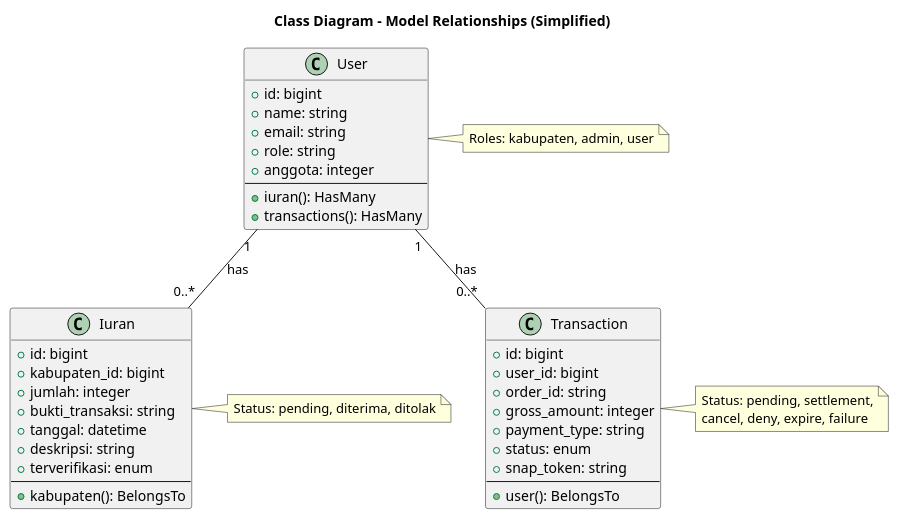
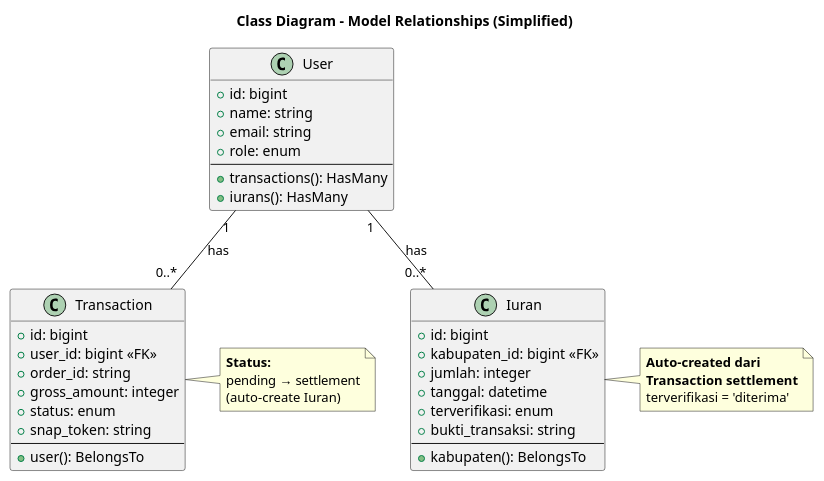
One commit to Windyvivianosa5/iuran changed the second of 2 diagrams in docs/class.md. Above: the diagram before and after it, drawn with PlantUML. The commit also changed other lines of this file and 59 other files, not shown here.

````diff
--- a/docs/class.md
+++ b/docs/class.md
@@ -346,57 +570,53 @@
 ```plantuml
 @startuml
 title Class Diagram - Model Relationships (Simplified)
 
 class User {
     + id: bigint
     + name: string
     + email: string
-    + role: string
-    + anggota: integer
+    + role: enum
     --
-    + iuran(): HasMany
     + transactions(): HasMany
-}
-
-class Iuran {
-    + id: bigint
-    + kabupaten_id: bigint
-    + jumlah: integer
-    + bukti_transaksi: string
-    + tanggal: datetime
-    + deskripsi: string
-    + terverifikasi: enum
-    --
-    + kabupaten(): BelongsTo
+    + iurans(): HasMany
 }
 
 class Transaction {
     + id: bigint
-    + user_id: bigint
+    + user_id: bigint <<FK>>
     + order_id: string
     + gross_amount: integer
-    + payment_type: string
     + status: enum
     + snap_token: string
     --
     + user(): BelongsTo
 }
 
+class Iuran {
+    + id: bigint
+    + kabupaten_id: bigint <<FK>>
+    + jumlah: integer
+    + tanggal: datetime
+    + terverifikasi: enum
+    + bukti_transaksi: string
+    --
+    + kabupaten(): BelongsTo
+}
+
+User "1" -- "0..*" Transaction : has
 User "1" -- "0..*" Iuran : has
-User "1" -- "0..*" Transaction : has
 
-note right of User
-    Roles: kabupaten, admin, user
+note right of Transaction
+    **Status:**
+    pending → settlement
+    (auto-create Iuran)
 end note
 
 note right of Iuran
-    Status: pending, diterima, ditolak
-end note
-
-note right of Transaction
-    Status: pending, settlement,
-    cancel, deny, expire, failure
+    **Auto-created dari**
+    **Transaction settlement**
+    terverifikasi = 'diterima'
 end note
 
 @enduml
 ```
````
